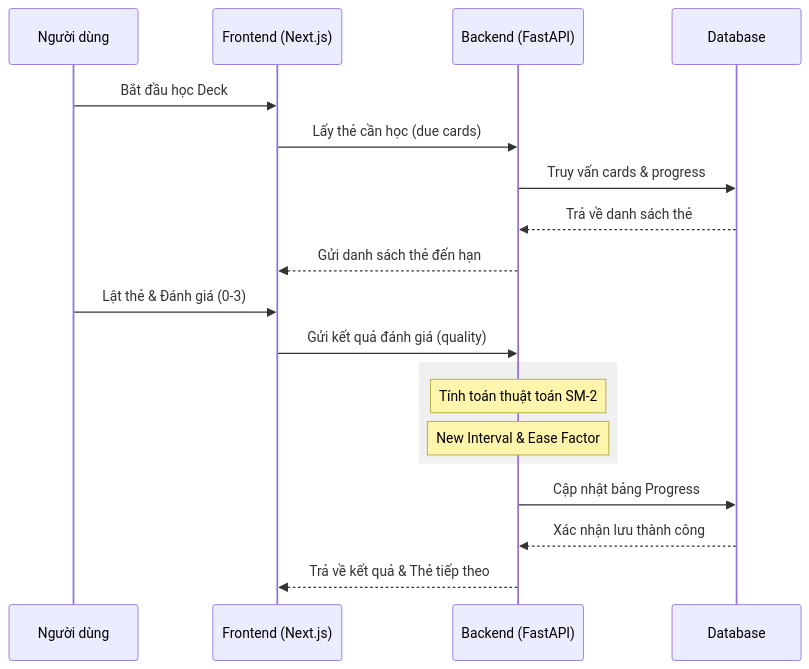
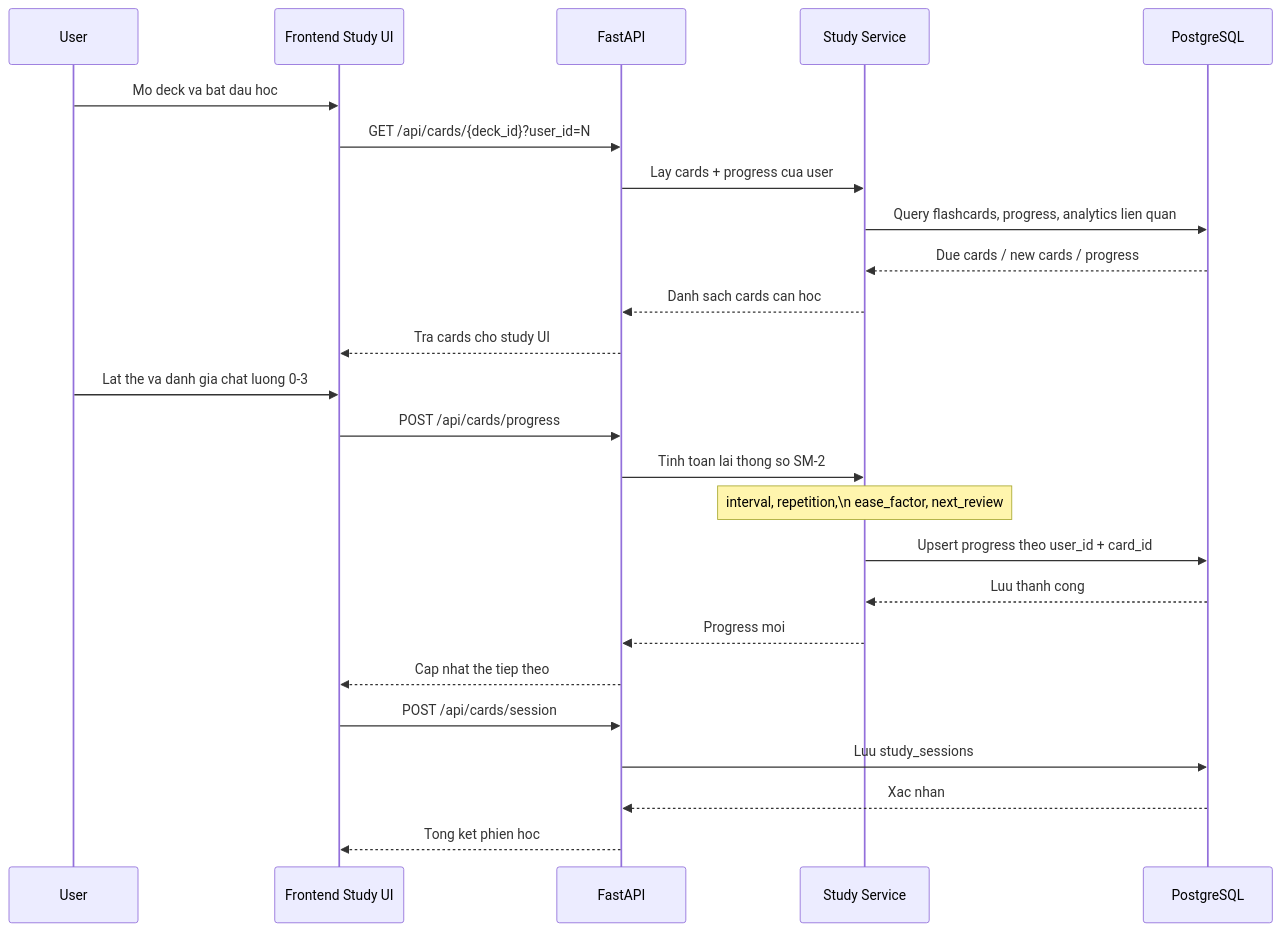
Before and after one commit to buicaochinh/VinUni-Memio-Flashcard: the third of 4 diagrams in docs/diagrams.md, drawn with Mermaid. The commit also changed other lines of this file, not shown here.

Commit message:
update diagram

````diff
--- a/docs/diagrams.md
+++ b/docs/diagrams.md
@@ -72,22 +190,30 @@
 ```mermaid
 sequenceDiagram
-    participant U as Người dùng
-    participant F as Frontend (Next.js)
-    participant B as Backend (FastAPI)
-    participant D as Database
+    participant U as User
+    participant F as Frontend Study UI
+    participant A as FastAPI
+    participant S as Study Service
+    participant D as PostgreSQL
 
-    U->>F: Bắt đầu học Deck
-    F->>B: Lấy thẻ cần học (due cards)
-    B->>D: Truy vấn cards & progress
-    D-->>B: Trả về danh sách thẻ
-    B-->>F: Gửi danh sách thẻ đến hạn
-    U->>F: Lật thẻ & Đánh giá (0-3)
-    F->>B: Gửi kết quả đánh giá (quality)
-    rect rgb(240, 240, 240)
-        Note over B: Tính toán thuật toán SM-2
-        Note over B: New Interval & Ease Factor
-    end
-    B->>D: Cập nhật bảng Progress
-    D-->>B: Xác nhận lưu thành công
-    B-->>F: Trả về kết quả & Thẻ tiếp theo
+    U->>F: Mo deck va bat dau hoc
+    F->>A: GET /api/cards/{deck_id}?user_id=N
+    A->>S: Lay cards + progress cua user
+    S->>D: Query flashcards, progress, analytics lien quan
+    D-->>S: Due cards / new cards / progress
+    S-->>A: Danh sach cards can hoc
+    A-->>F: Tra cards cho study UI
+
+    U->>F: Lat the va danh gia chat luong 0-3
+    F->>A: POST /api/cards/progress
+    A->>S: Tinh toan lai thong so SM-2
+    Note over S: interval, repetition,\n ease_factor, next_review
+    S->>D: Upsert progress theo user_id + card_id
+    D-->>S: Luu thanh cong
+    S-->>A: Progress moi
+    A-->>F: Cap nhat the tiep theo
+
+    F->>A: POST /api/cards/session
+    A->>D: Luu study_sessions
+    D-->>A: Xac nhan
+    A-->>F: Tong ket phien hoc
 ```
````
